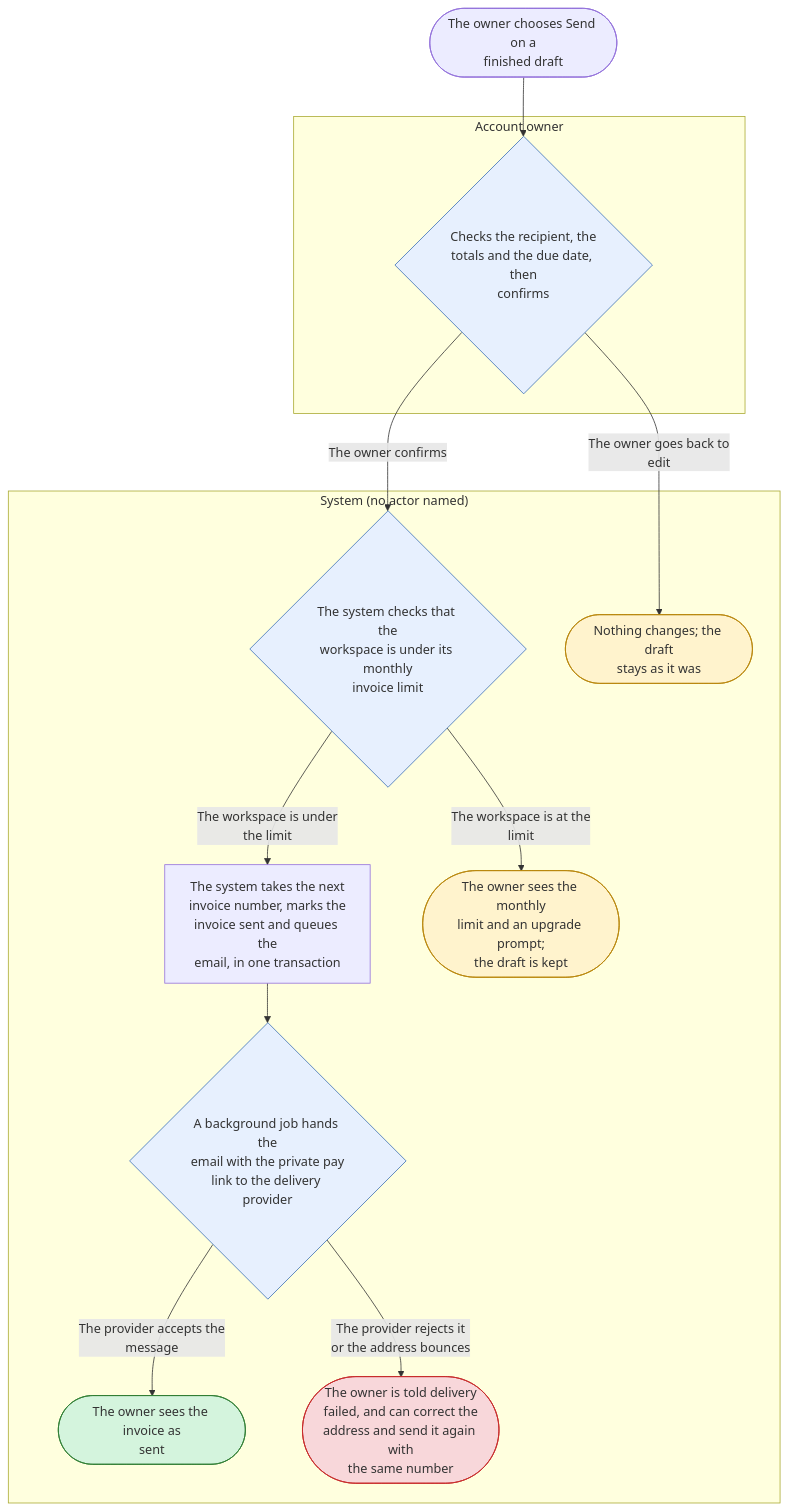
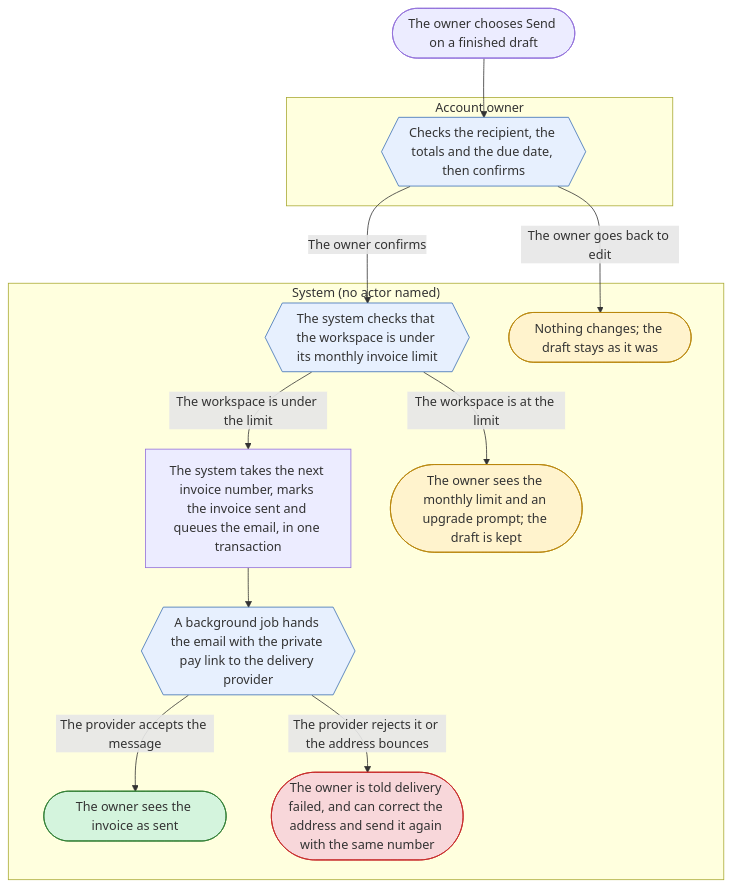
Before and after one commit to elendil-tech/magik-harness: the first of 3 diagrams in product-definition-system/examples/ledgerly/views/specs/FEAT-send-invoice.md, drawn with Mermaid. The commit also changed 27 other files, not shown here.

Commit message:
wip: rename integrity checks to COH, docs consistency test, diagram fixes, mermaid check script [skip ci]

````diff
--- a/product-definition-system/examples/ledgerly/views/specs/FEAT-send-invoice.md
+++ b/product-definition-system/examples/ledgerly/views/specs/FEAT-send-invoice.md
@@ -50,32 +50,32 @@
 ```mermaid
 flowchart TD
   subgraph lane_ACT_account_owner ["Account owner"]
-    s_review{"Checks the recipient, the<br/>totals and the due date, then<br/>confirms"}
+    s_review{{"Checks the recipient, the totals and the due date, then confirms"}}
   end
   subgraph lane__ ["System (no actor named)"]
-    s_check_limit{"The system checks that the<br/>workspace is under its monthly<br/>invoice limit"}
-    s_send["The system takes the next<br/>invoice number, marks the<br/>invoice sent and queues the<br/>email, in one transaction"]
-    s_deliver{"A background job hands the<br/>email with the private pay<br/>link to the delivery provider"}
-    s_done(["The owner sees the invoice as<br/>sent"])
-    s_undelivered(["The owner is told delivery<br/>failed, and can correct the<br/>address and send it again with<br/>the same number"])
-    s_blocked(["The owner sees the monthly<br/>limit and an upgrade prompt;<br/>the draft is kept"])
-    s_cancelled(["Nothing changes; the draft<br/>stays as it was"])
+    s_check_limit{{"The system checks that the workspace is under its monthly invoice limit"}}
+    s_send["The system takes the next invoice number, marks the invoice sent and queues the email, in one transaction"]
+    s_deliver{{"A background job hands the email with the private pay link to the delivery provider"}}
+    s_done(["The owner sees the invoice as sent"])
+    s_undelivered(["The owner is told delivery failed, and can correct the address and send it again with the same number"])
+    s_blocked(["The owner sees the monthly limit and an upgrade prompt; the draft is kept"])
+    s_cancelled(["Nothing changes; the draft stays as it was"])
   end
-  t_FLW_send_invoice(["The owner chooses Send on a<br/>finished draft"])
+  t_FLW_send_invoice(["The owner chooses Send on a finished draft"])
   t_FLW_send_invoice --> s_review
   s_review -->|"The owner confirms"| s_check_limit
-  s_review -->|"The owner goes back to<br/>edit"| s_cancelled
-  s_check_limit -->|"The workspace is under<br/>the limit"| s_send
-  s_check_limit -->|"The workspace is at the<br/>limit"| s_blocked
+  s_review -->|"The owner goes back to edit"| s_cancelled
+  s_check_limit -->|"The workspace is under the limit"| s_send
+  s_check_limit -->|"The workspace is at the limit"| s_blocked
   s_send --> s_deliver
-  s_deliver -->|"The provider accepts the<br/>message"| s_done
-  s_deliver -->|"The provider rejects it<br/>or the address bounces"| s_undelivered
+  s_deliver -->|"The provider accepts the message"| s_done
+  s_deliver -->|"The provider rejects it or the address bounces"| s_undelivered
   classDef success fill:#d4f4dd,stroke:#2e7d32;
   classDef failure fill:#f8d7da,stroke:#c62828;
   classDef abort fill:#fff3cd,stroke:#b8860b;
   classDef decision fill:#e7f0fe,stroke:#3b6fb6;
   class s_done success;
   class s_undelivered failure;
   class s_blocked,s_cancelled abort;
   class s_review,s_check_limit,s_deliver decision;
 ```
````
